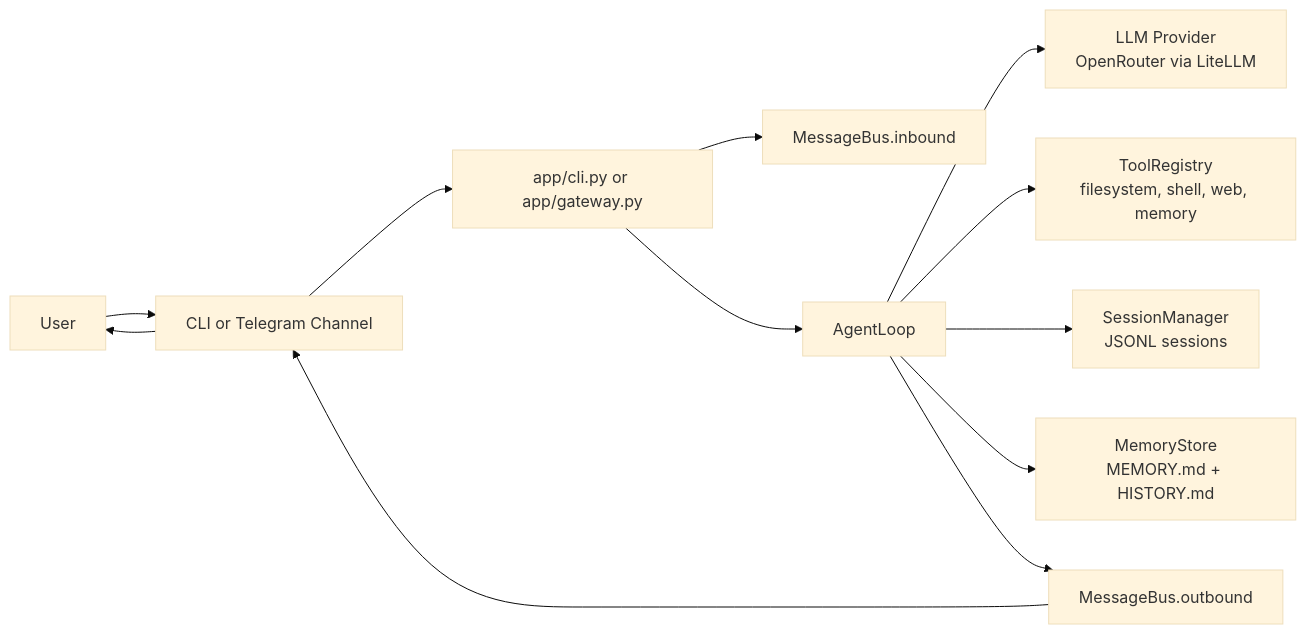
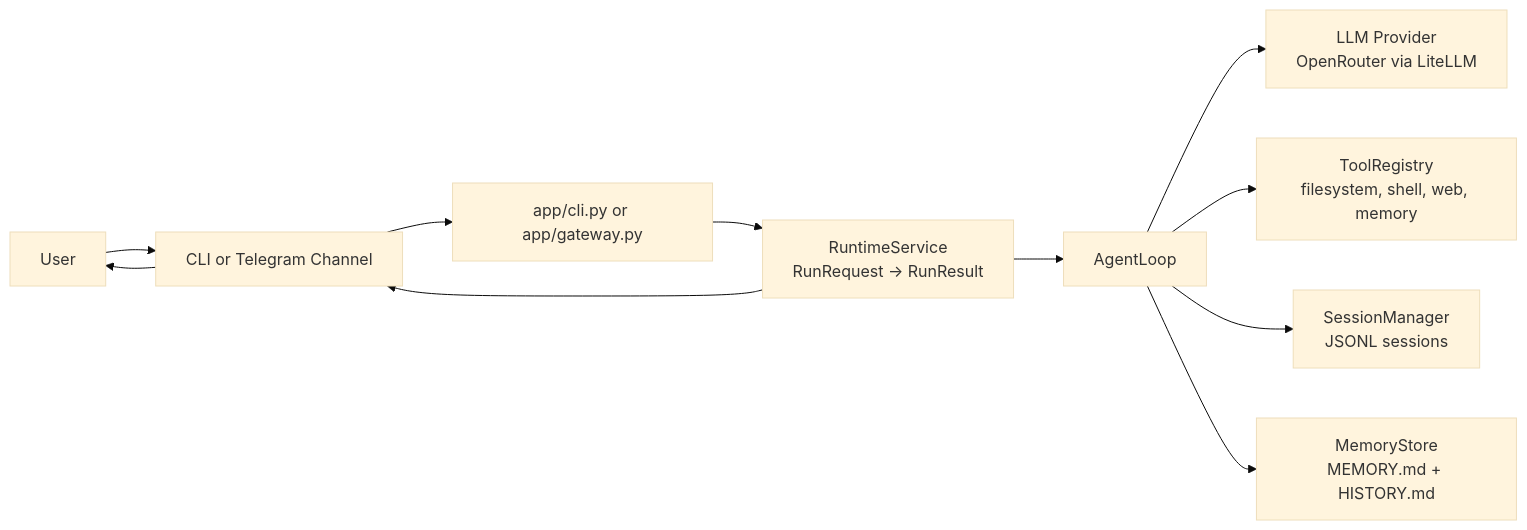
One commit to milescole/sideclaw changed the diagram in README.md. Above: the diagram before and after it, drawn with Mermaid (base theme). The commit also changed other lines of this file and 37 other files, not shown here.

First line of the commit message:
refactor(runtime): add run service foundation

````diff
--- a/README.md
+++ b/README.md
@@ -28,14 +29,13 @@
 ```mermaid
 flowchart LR
     U[User] --> C[CLI or Telegram Channel]
     C --> APP[app/cli.py or app/gateway.py]
-    APP --> B[MessageBus.inbound]
-    APP --> A[AgentLoop]
+    APP --> R[RuntimeService<br/>RunRequest -> RunResult]
+    R --> A[AgentLoop]
     A --> P[LLM Provider<br/>OpenRouter via LiteLLM]
     A --> T[ToolRegistry<br/>filesystem, shell, web, memory]
     A --> S[SessionManager<br/>JSONL sessions]
     A --> M[MemoryStore<br/>MEMORY.md + HISTORY.md]
-    A --> BO[MessageBus.outbound]
-    BO --> C
+    R --> C
     C --> U
 ```
````
